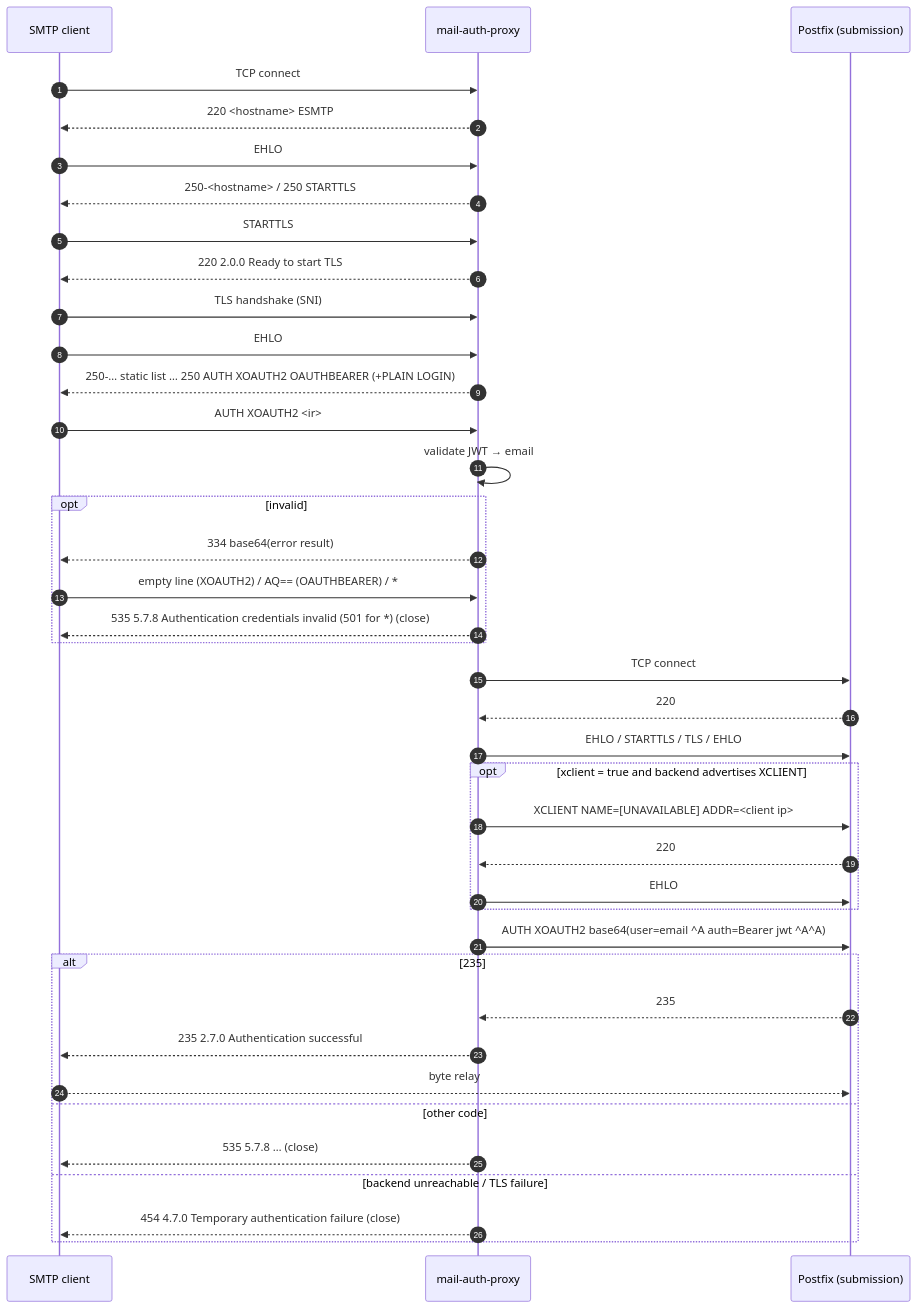
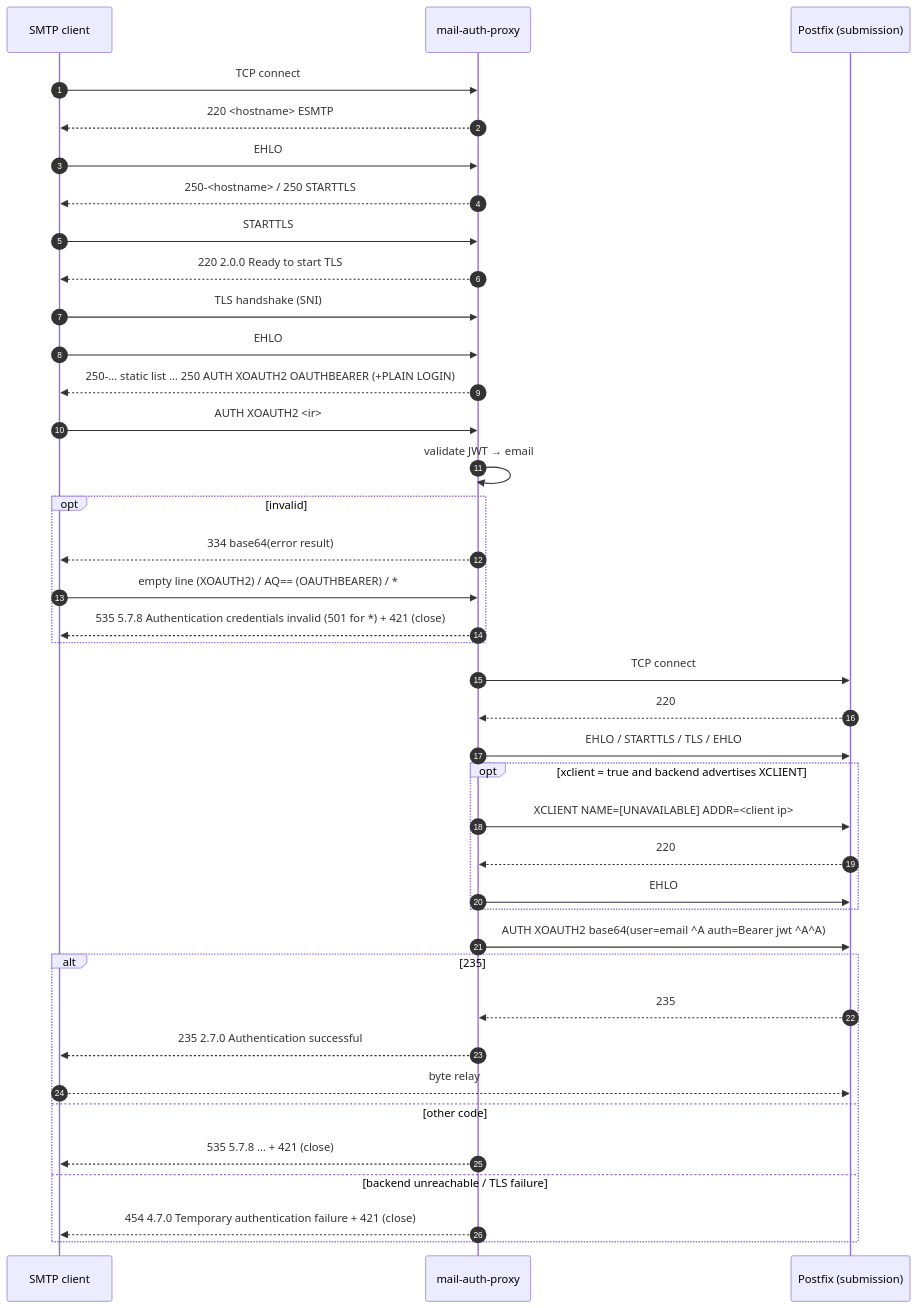
The second of 3 diagrams in docs/protocols.md (NK-IT-CLOUD/mail-auth-proxy), drawn with Mermaid before and after one commit. The commit also changed other lines of this file and 10 other files, not shown here.

````diff
--- a/docs/protocols.md
+++ b/docs/protocols.md
@@ -181,41 +198,41 @@
 ```mermaid
 sequenceDiagram
     autonumber
     participant C as SMTP client
     participant P as mail-auth-proxy
     participant B as Postfix (submission)
     C->>P: TCP connect
     P-->>C: 220 <hostname> ESMTP
     C->>P: EHLO
     P-->>C: 250-<hostname> / 250 STARTTLS
     C->>P: STARTTLS
     P-->>C: 220 2.0.0 Ready to start TLS
     C->>P: TLS handshake (SNI)
     C->>P: EHLO
     P-->>C: 250-… static list … 250 AUTH XOAUTH2 OAUTHBEARER (+PLAIN LOGIN)
     C->>P: AUTH XOAUTH2 <ir>
     P->>P: validate JWT → email
     opt invalid
         P-->>C: 334 base64(error result)
         C->>P: empty line (XOAUTH2) / AQ== (OAUTHBEARER) / *
-        P-->>C: 535 5.7.8 Authentication credentials invalid (501 for *) (close)
+        P-->>C: 535 5.7.8 Authentication credentials invalid (501 for *) + 421 (close)
     end
     P->>B: TCP connect
     B-->>P: 220
     P->>B: EHLO / STARTTLS / TLS / EHLO
     opt xclient = true and backend advertises XCLIENT
         P->>B: XCLIENT NAME=[UNAVAILABLE] ADDR=<client ip>
         B-->>P: 220
         P->>B: EHLO
     end
     P->>B: AUTH XOAUTH2 base64(user=email ^A auth=Bearer jwt ^A^A)
     alt 235
         B-->>P: 235
         P-->>C: 235 2.7.0 Authentication successful
         C-->>B: byte relay
     else other code
-        P-->>C: 535 5.7.8 … (close)
+        P-->>C: 535 5.7.8 … + 421 (close)
     else backend unreachable / TLS failure
-        P-->>C: 454 4.7.0 Temporary authentication failure (close)
+        P-->>C: 454 4.7.0 Temporary authentication failure + 421 (close)
     end
 ```
````
